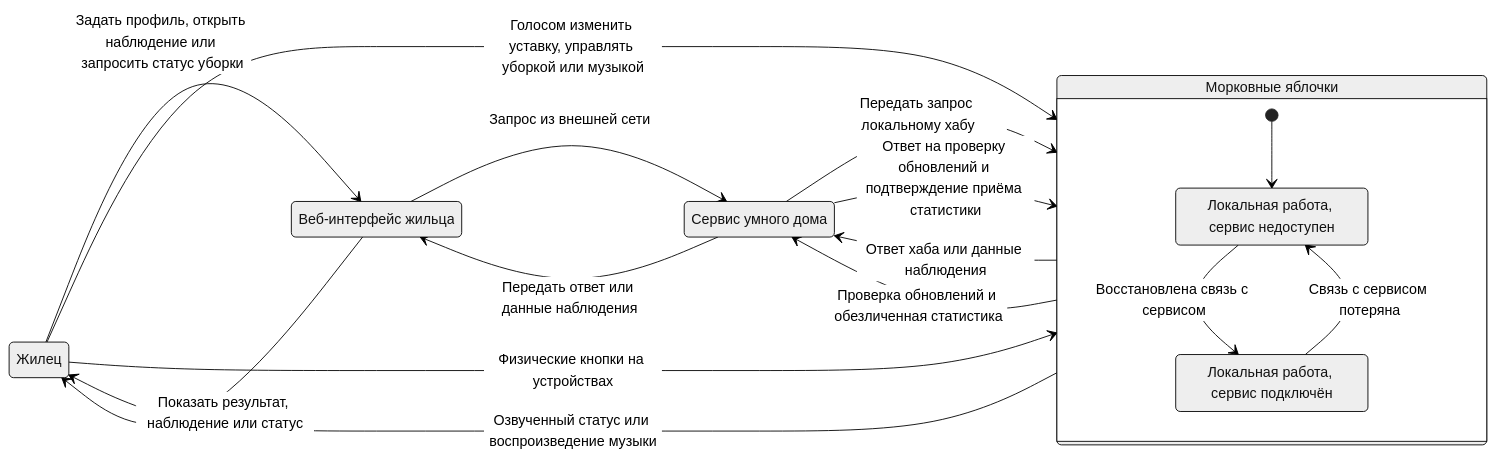
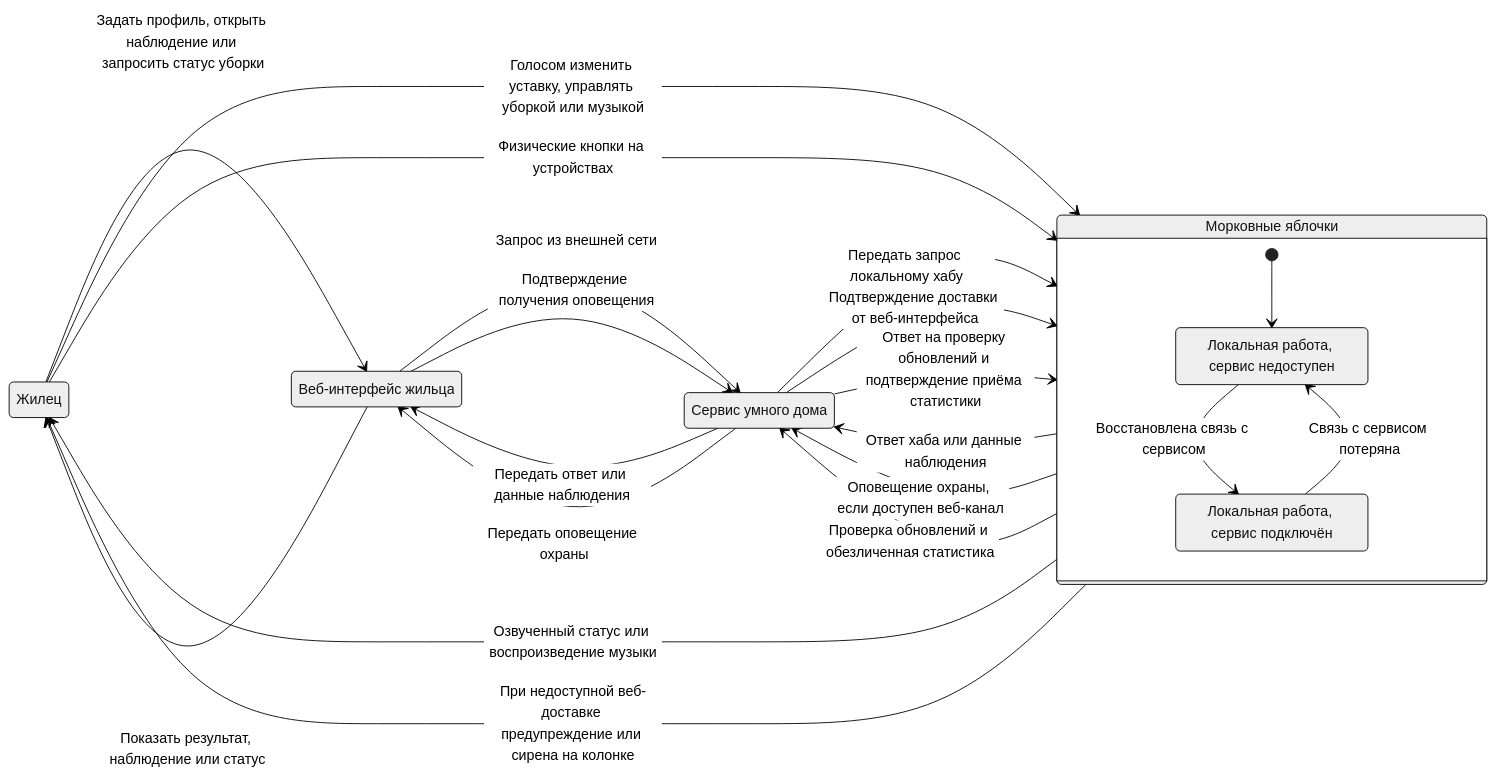
Before and after one commit to BPLA-Team/carrot-apples: the diagram in customer_side/CONTEXT_DIAGRAM.md, drawn with Mermaid (neutral theme). The commit also changed other lines of this file and 17 other files, not shown here.

Commit message:
docs(architecture): document intrusion alerts for homes and apartments

````diff
--- a/customer_side/CONTEXT_DIAGRAM.md
+++ b/customer_side/CONTEXT_DIAGRAM.md
@@ -3,25 +3,30 @@
 ```mermaid
 stateDiagram-v2
     direction LR
     state "Жилец" as Resident
     state "Сервис умного дома" as Service
     state "Веб-интерфейс жильца" as Web
     state "Морковные яблочки" as Home {
         [*] --> Local
         state "Локальная работа, сервис недоступен" as Local
         state "Локальная работа, сервис подключён" as Connected
         Local --> Connected: Восстановлена связь с сервисом
         Connected --> Local: Связь с сервисом потеряна
     }
     Resident --> Web: Задать профиль, открыть наблюдение или запросить статус уборки
     Web --> Service: Запрос из внешней сети
     Service --> Home: Передать запрос локальному хабу
     Home --> Service: Ответ хаба или данные наблюдения
+    Home --> Service: Оповещение охраны, если доступен веб-канал
+    Service --> Home: Подтверждение доставки от веб-интерфейса
     Home --> Service: Проверка обновлений и обезличенная статистика
     Service --> Home: Ответ на проверку обновлений и подтверждение приёма статистики
     Service --> Web: Передать ответ или данные наблюдения
+    Service --> Web: Передать оповещение охраны
+    Web --> Service: Подтверждение получения оповещения
     Web --> Resident: Показать результат, наблюдение или статус
     Resident --> Home: Голосом изменить уставку, управлять уборкой или музыкой
     Resident --> Home: Физические кнопки на устройствах
     Home --> Resident: Озвученный статус или воспроизведение музыки
+    Home --> Resident: При недоступной веб-доставке предупреждение или сирена на колонке
 ```
````
